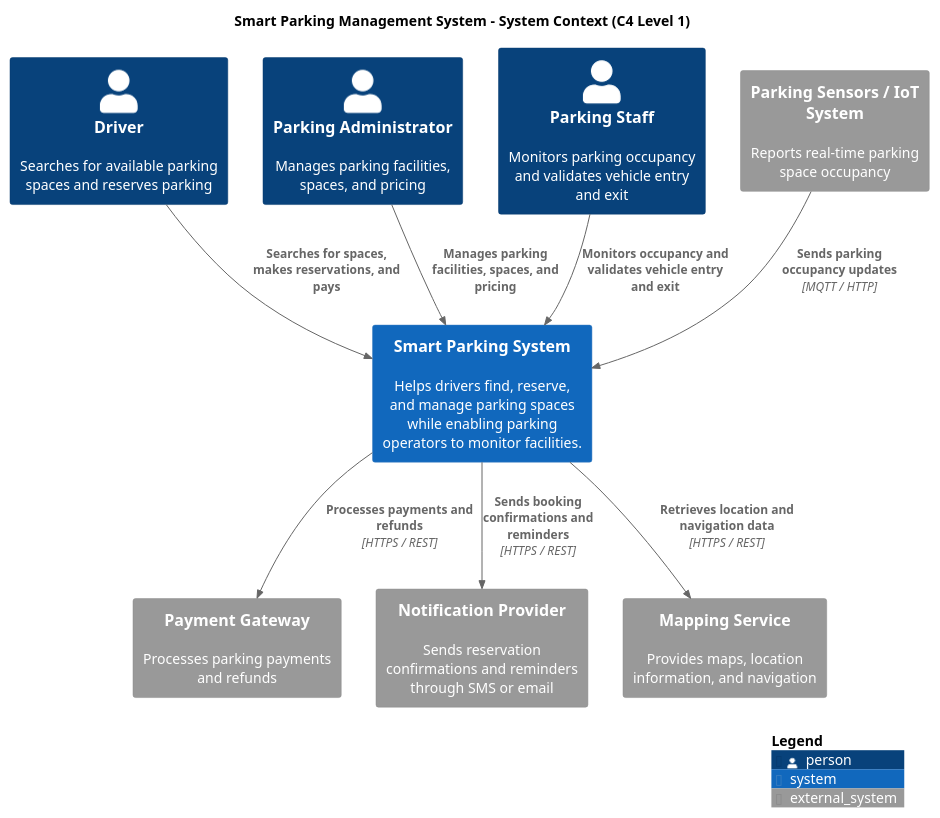
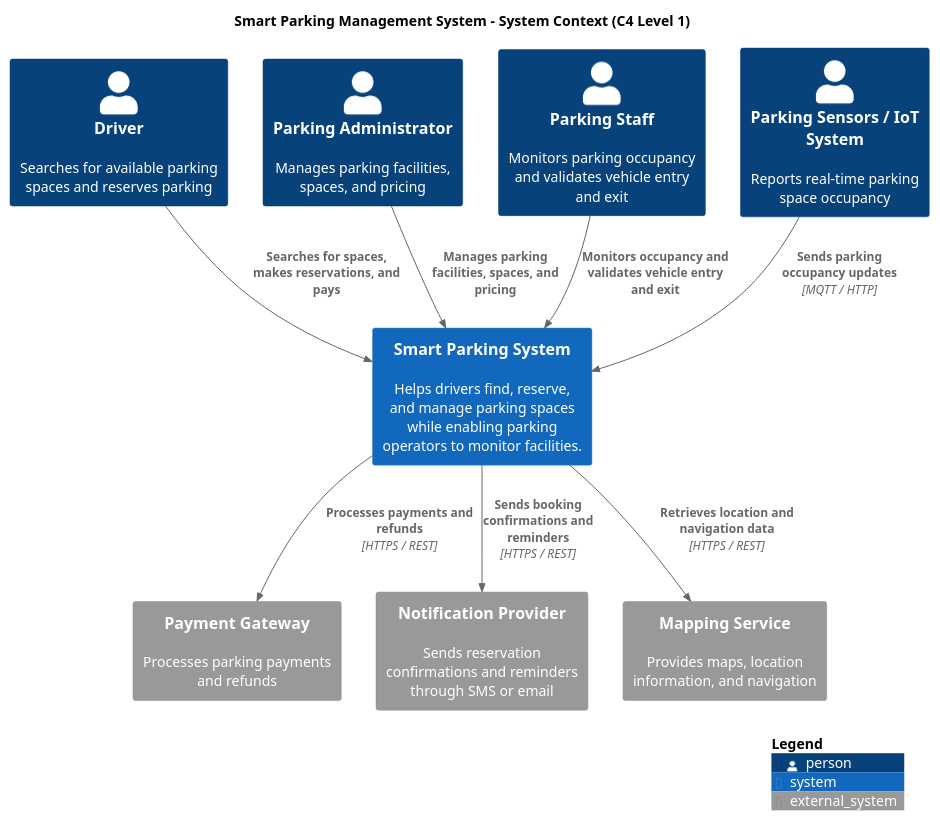
The diagram in docs/context.puml (GhadahAlsuhaibani/smart-parking-system), drawn with PlantUML before and after one commit. The commit also changed 1 other file, not shown here.

Commit message:
edit IoT to Person

```diff
--- a/docs/context.puml
+++ b/docs/context.puml
@@ -1,27 +1,27 @@
 @startuml context
 !include https://raw.githubusercontent.com/plantuml-stdlib/C4-PlantUML/master/C4_Context.puml
 
 title Smart Parking Management System - System Context (C4 Level 1)
 
 Person(driver, "Driver", "Searches for available parking spaces and reserves parking")
 Person(admin, "Parking Administrator", "Manages parking facilities, spaces, and pricing")
 Person(staff, "Parking Staff", "Monitors parking occupancy and validates vehicle entry and exit")
-System_Ext(sensors, "Parking Sensors / IoT System", "Reports real-time parking space occupancy")
+Person(sensors, "Parking Sensors / IoT System", "Reports real-time parking space occupancy")
 
 System(sps, "Smart Parking System", "Helps drivers find, reserve, and manage parking spaces while enabling parking operators to monitor facilities.")
 
 System_Ext(payment, "Payment Gateway", "Processes parking payments and refunds")
 System_Ext(notify, "Notification Provider", "Sends reservation confirmations and reminders through SMS or email")
 System_Ext(maps, "Mapping Service", "Provides maps, location information, and navigation")
 
 Rel(driver, sps, "Searches for spaces, makes reservations, and pays")
 Rel(admin, sps, "Manages parking facilities, spaces, and pricing")
 Rel(staff, sps, "Monitors occupancy and validates vehicle entry and exit")
 Rel(sensors, sps, "Sends parking occupancy updates", "MQTT / HTTP")
 
 Rel(sps, payment, "Processes payments and refunds", "HTTPS / REST")
 Rel(sps, notify, "Sends booking confirmations and reminders", "HTTPS / REST")
 Rel(sps, maps, "Retrieves location and navigation data", "HTTPS / REST")
 
 SHOW_LEGEND()
 @enduml
```
